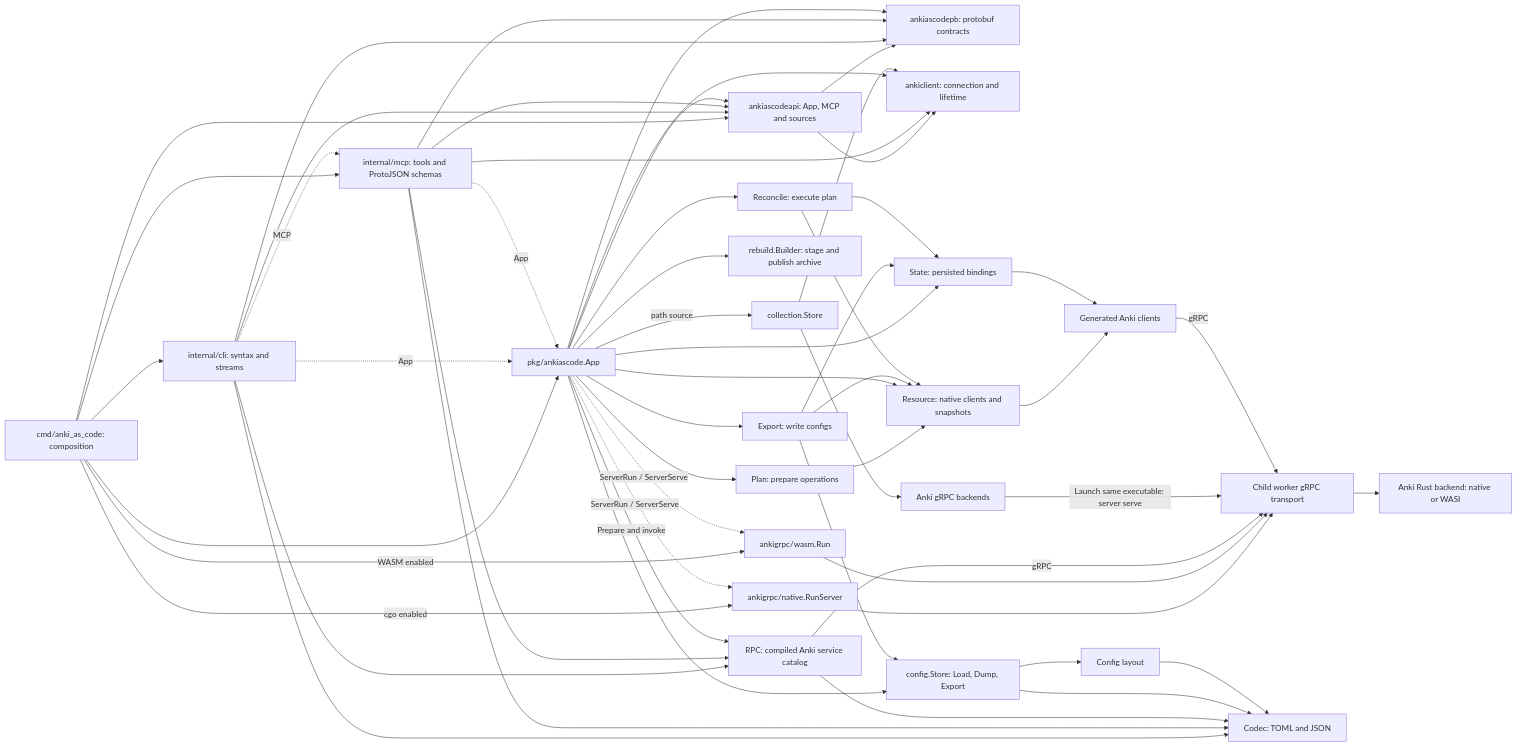
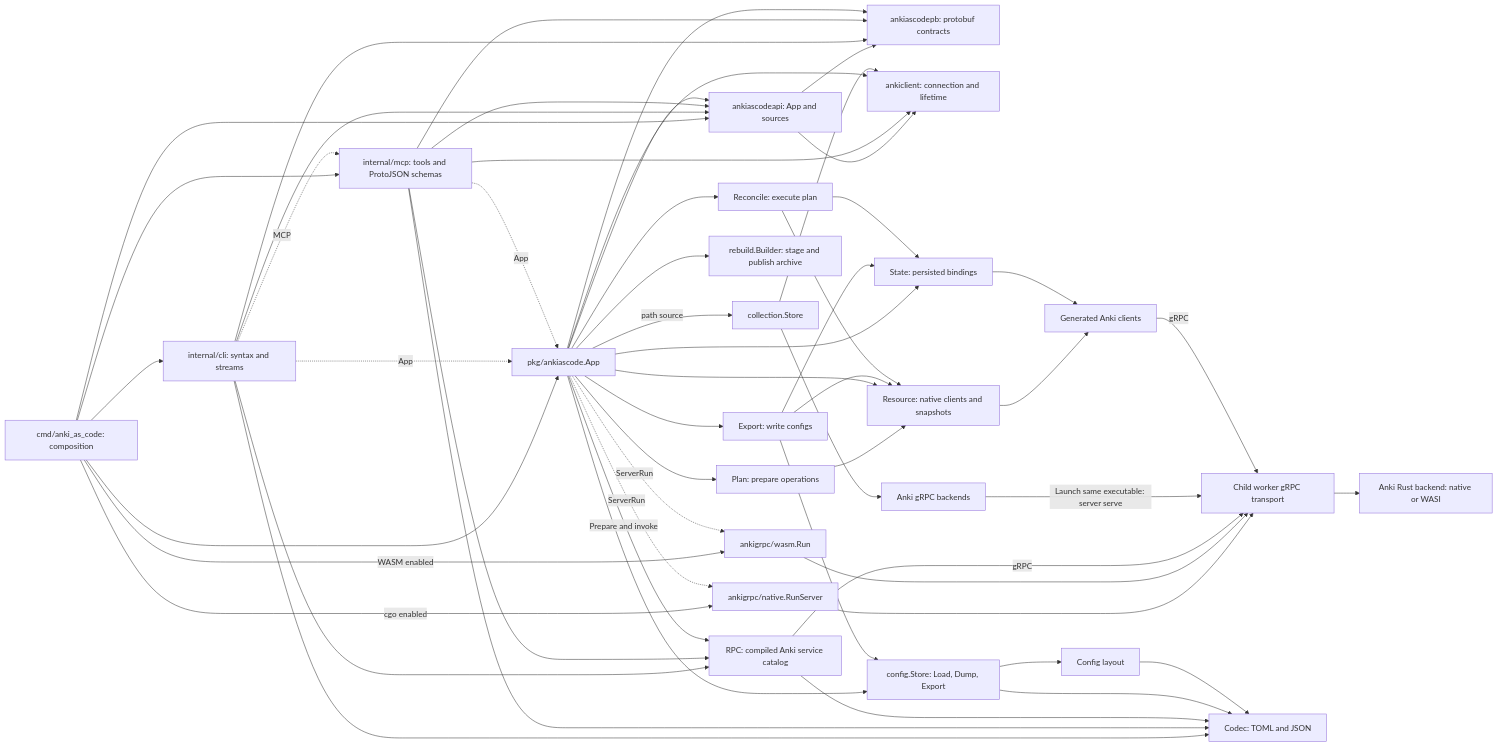
One commit to alwaldend/src changed the diagram in projects/anki_as_code/docs/package-dependencies.mmd. Above: the diagram before and after it, drawn with Mermaid. The commit also changed 105 other files, not shown here.

```diff
--- a/projects/anki_as_code/docs/package-dependencies.mmd
+++ b/projects/anki_as_code/docs/package-dependencies.mmd
@@ -1,55 +1,55 @@
 flowchart LR
     entry[cmd/anki_as_code: composition] --> cli[internal/cli: syntax and streams]
     entry --> app[pkg/ankiascode.App]
     cli -. App .-> app
     entry --> mcp[internal/mcp: tools and ProtoJSON schemas]
     cli -. MCP .-> mcp
     mcp -. App .-> app
-    entry --> api[ankiascodeapi: App, MCP and sources]
+    entry --> api[ankiascodeapi: App and sources]
     cli --> api
     mcp --> api
     app --> api
     api --> schema
     api --> clients[ankiclient: connection and lifetime]
     mcp --> clients
     app --> clients
     cli --> schema[ankiascodepb: protobuf contracts]
     mcp --> schema
     app --> schema
     entry -->|cgo enabled| nativeHost[ankigrpc/native.RunServer]
     entry -->|WASM enabled| wasmHost[ankigrpc/wasm.Run]
-    app -. ServerRun / ServerServe .-> nativeHost
-    app -. ServerRun / ServerServe .-> wasmHost
+    app -. ServerRun .-> nativeHost
+    app -. ServerRun .-> wasmHost
     nativeHost --> server[Child worker gRPC transport]
     wasmHost --> server
     app -->|path source| collections[collection.Store]
     app --> export[Export: write configs]
     app --> planning[Plan: prepare operations]
     app --> reconcile[Reconcile: execute plan]
     app --> builder[rebuild.Builder: stage and publish archive]
     planning --> resource
     app --> config[config.Store: Load, Dump, Export]
     app --> state[State: persisted bindings]
     cli --> codec[Codec: TOML and JSON]
     mcp --> codec
     cli --> rpc[RPC: compiled Anki service catalog]
     mcp --> rpc
     rpc --> codec
     app -->|Prepare and invoke| rpc
     rpc -->|gRPC| server
     app --> resource[Resource: native clients and snapshots]
     export --> resource
     resource --> services[Generated Anki clients]
     export --> state
     export --> config
     config --> layout[Config layout]
     config --> codec
     layout --> codec
     reconcile --> state
     reconcile --> resource
     state --> services
     collections --> backend[Anki gRPC backends]
     collections --> clients
     backend -->|Launch same executable: server serve| server
     services -->|gRPC| server
     server --> native[Anki Rust backend: native or WASI]
```
